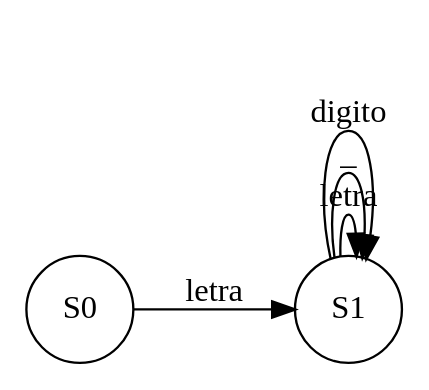
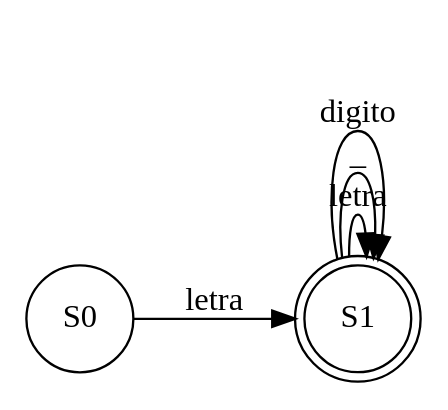
One commit to AngelArteaga1/OLC_Proyecto1_201901816 changed the diagram in OLC_Proyecto1_201901816/afd/identificador.dot. Above: the diagram before and after it, drawn with Graphviz. The commit also changed 48 other files, not shown here.

```diff
--- a/OLC_Proyecto1_201901816/afd/identificador.dot
+++ b/OLC_Proyecto1_201901816/afd/identificador.dot
@@ -1,10 +1,10 @@
 digraph G{
 rankdir=LR
 node[shape=circle]
 nodo0 [ label ="S0"];
-nodo1 [ label ="S1"];
+nodo1 [ label ="S1", shape=doublecircle ];
 nodo0->nodo1 [label = "letra"]
 nodo1->nodo1 [label = "letra"]
 nodo1->nodo1 [label = "_"]
 nodo1->nodo1 [label = "digito"]
 }
```
